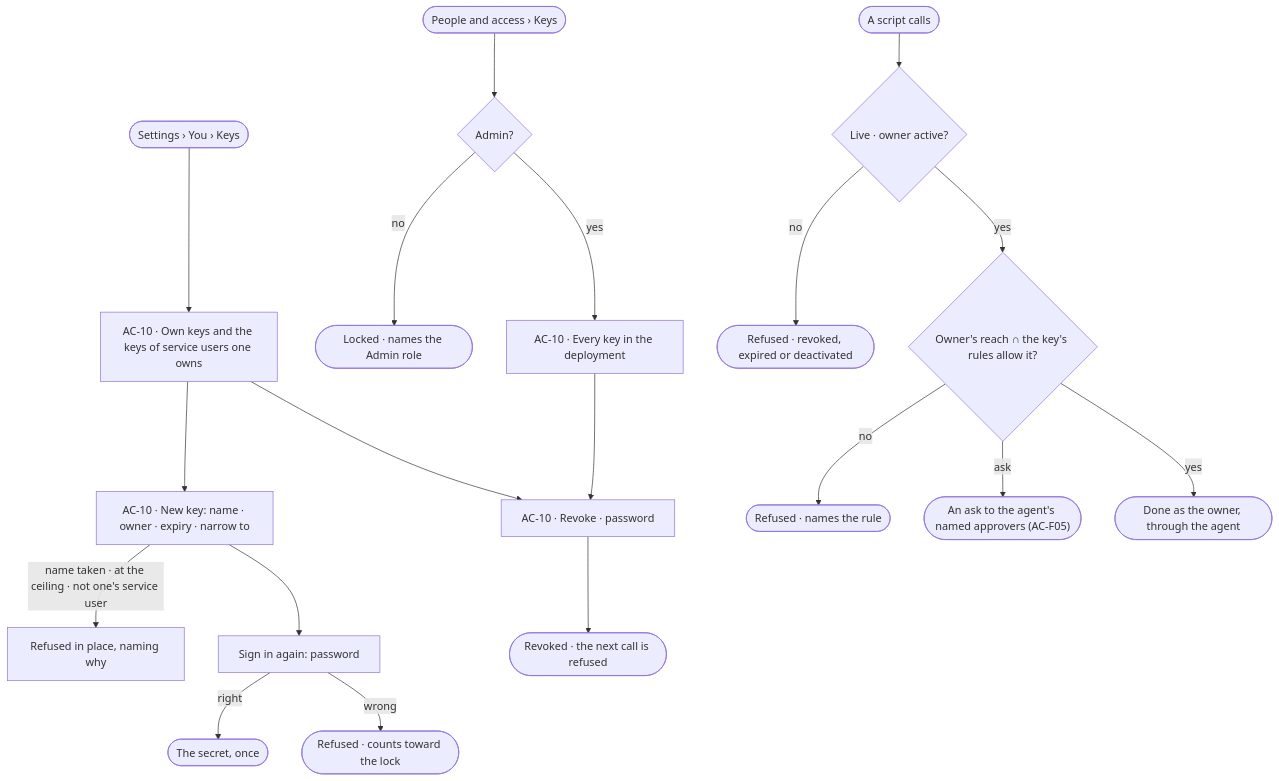
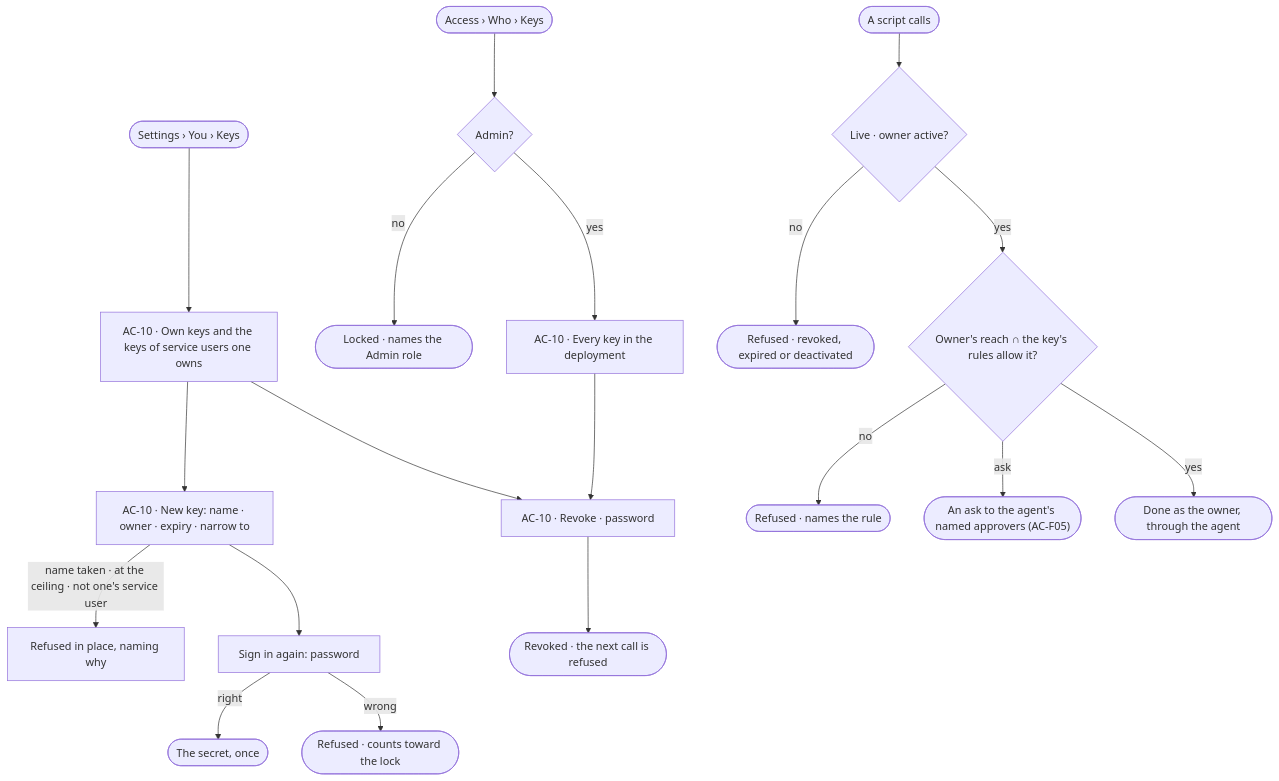
The diagram in specs/os/access/features/AC-F10-keys/feature.md (invana/invana), drawn with Mermaid before and after one commit. The commit also changed other lines of this file and 133 other files, not shown here.

````diff
--- a/specs/os/access/features/AC-F10-keys/feature.md
+++ b/specs/os/access/features/AC-F10-keys/feature.md
@@ -24,21 +24,21 @@
 ```mermaid
 flowchart TD
   me([Settings › You › Keys]) --> list["AC-10 · Own keys and the keys of service users one owns"]
-  ad([People and access › Keys]) --> who{"Admin?"}
+  ad([Access › Who › Keys]) --> who{"Admin?"}
   who -->|no| lk(["Locked · names the Admin role"])
   who -->|yes| all["AC-10 · Every key in the deployment"]
   list --> mint["AC-10 · New key: name · owner · expiry · narrow to"]
   mint -->|name taken · at the ceiling · not one's service user| ref["Refused in place, naming why"]
   mint --> again["Sign in again: password"]
   again -->|right| secret(["The secret, once"])
   again -->|wrong| no(["Refused · counts toward the lock"])
   list --> rv["AC-10 · Revoke · password"]
   all --> rv
   rv --> gone(["Revoked · the next call is refused"])
   use([A script calls]) --> chk{"Live · owner active?"}
   chk -->|no| r1(["Refused · revoked, expired or deactivated"])
   chk -->|yes| reach{"Owner's reach ∩ the key's rules allow it?"}
   reach -->|no| r2(["Refused · names the rule"])
   reach -->|ask| ask(["An ask to the agent's named approvers (AC-F05)"])
   reach -->|yes| ok(["Done as the owner, through the agent"])
 ```
````
